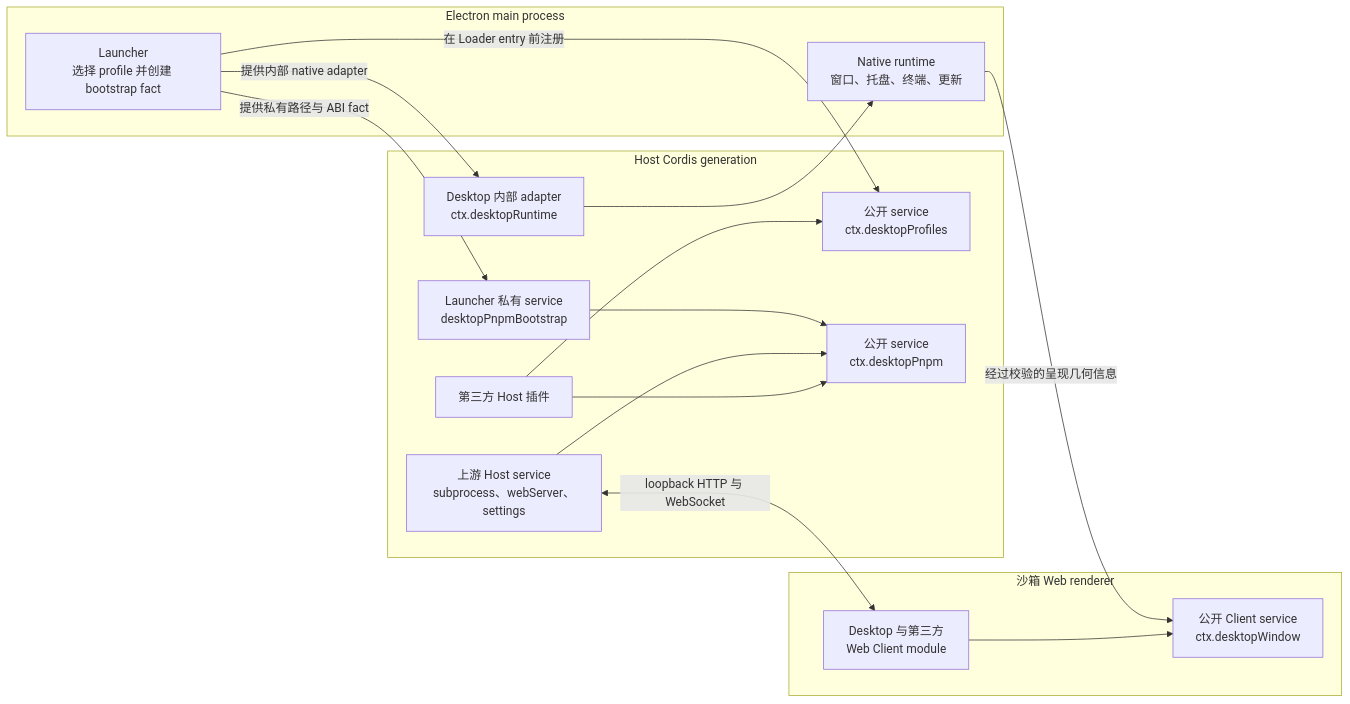
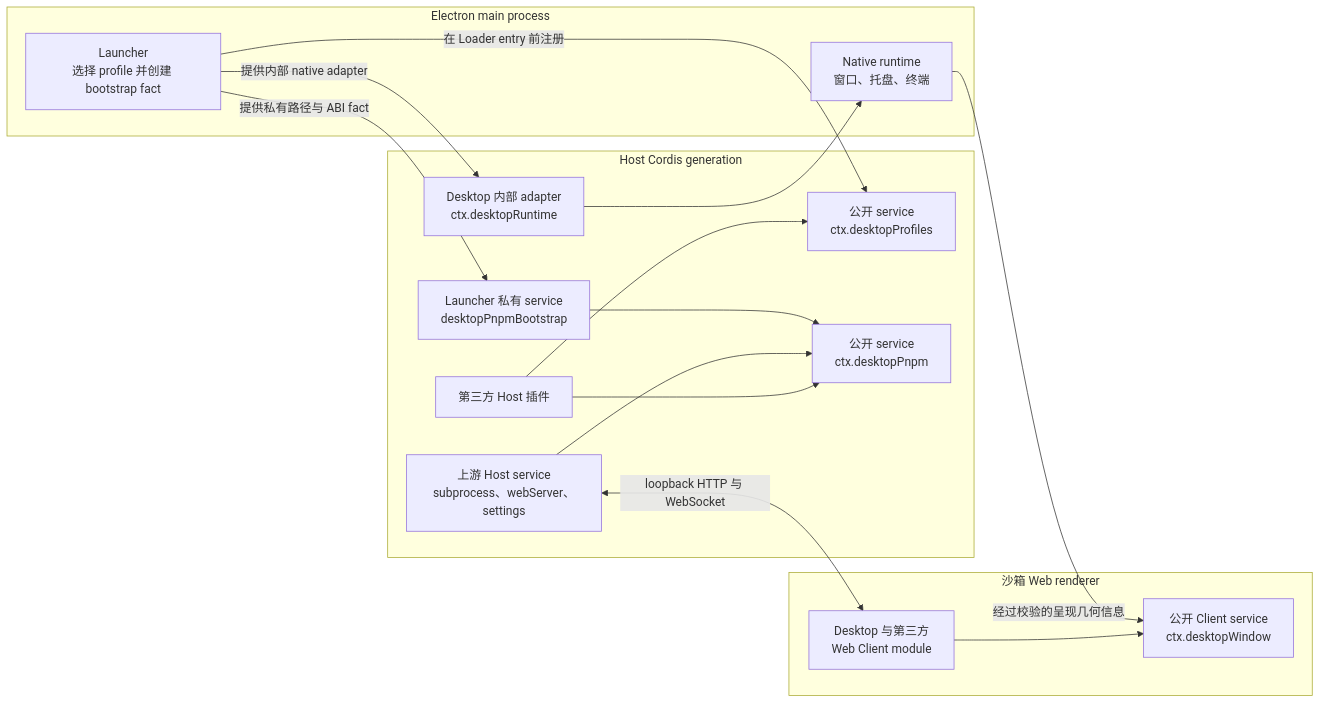
Before and after one commit to Alexliwenhao/shell-desktop: the diagram in shell-desktop/docs/plugin-services.zh.md, drawn with Mermaid. The commit also changed other lines of this file and 19 other files, not shown here.

````diff
--- a/shell-desktop/docs/plugin-services.zh.md
+++ b/shell-desktop/docs/plugin-services.zh.md
@@ -9,33 +9,33 @@
 ```mermaid
 flowchart LR
   subgraph Electron["Electron main process"]
     Launcher["Launcher<br/>选择 profile 并创建 bootstrap fact"]
-    Native["Native runtime<br/>窗口、托盘、终端、更新"]
+    Native["Native runtime<br/>窗口、托盘、终端"]
   end
 
   subgraph Host["Host Cordis generation"]
     Profiles["公开 service<br/>ctx.desktopProfiles"]
     Bootstrap["Launcher 私有 service<br/>desktopPnpmBootstrap"]
     Pnpm["公开 service<br/>ctx.desktopPnpm"]
     Runtime["Desktop 内部 adapter<br/>ctx.desktopRuntime"]
     Upstream["上游 Host service<br/>subprocess、webServer、settings"]
     Plugin["第三方 Host 插件"]
   end
 
   subgraph Renderer["沙箱 Web renderer"]
     Client["Desktop 与第三方<br/>Web Client module"]
     Window["公开 Client service<br/>ctx.desktopWindow"]
   end
 
   Launcher -->|"在 Loader entry 前注册"| Profiles
   Launcher -->|"提供私有路径与 ABI fact"| Bootstrap
   Launcher -->|"提供内部 native adapter"| Runtime
   Bootstrap --> Pnpm
   Upstream --> Pnpm
   Runtime --> Native
   Native -->|"经过校验的呈现几何信息"| Window
   Plugin --> Profiles
   Plugin --> Pnpm
   Upstream <-->|"loopback HTTP 与 WebSocket"| Client
   Client --> Window
 ```
````
